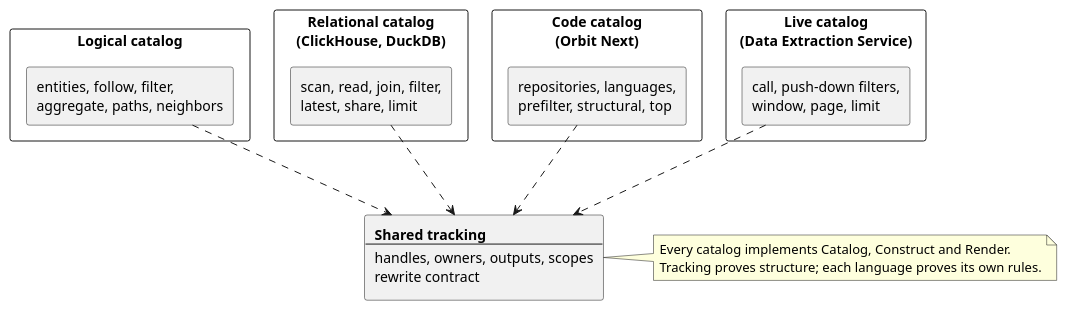
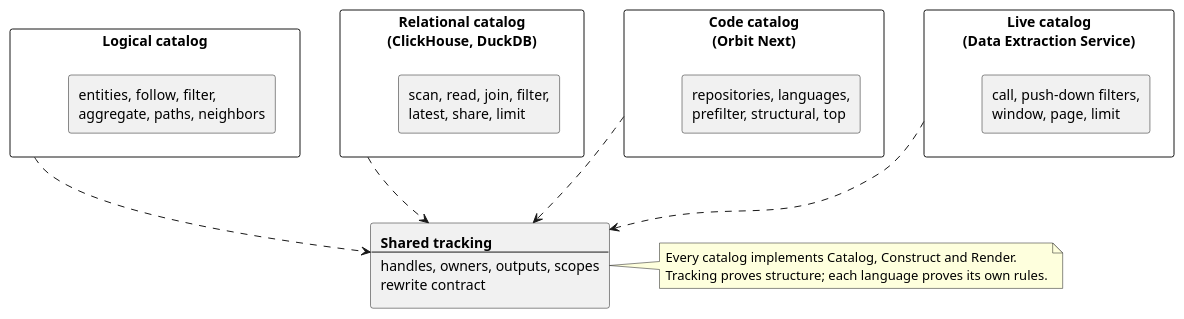
Before and after one commit to gitlabhq/orbit-knowledge-graph: the fifth of 7 diagrams in docs/pages/engineering/adr/024_pluggable_data_model.md, drawn with PlantUML. The commit also changed other lines of this file, not shown here.

Commit message:
docs(adr): stop ADR 024 diagram edges from crossing package borders

````diff
--- a/docs/pages/engineering/adr/024_pluggable_data_model.md
+++ b/docs/pages/engineering/adr/024_pluggable_data_model.md
@@ -251,37 +253,37 @@
 ```plantuml
 @startuml
 set separator none
 skinparam shadowing false
 skinparam componentStyle rectangle
 skinparam nodesep 50
 skinparam ranksep 90
 
-component "Logical catalog" {
+component "Logical catalog" as LCAT {
   [entities, follow, filter,\naggregate, paths, neighbors] as LO
 }
-component "Relational catalog\n(ClickHouse, DuckDB)" {
+component "Relational catalog\n(ClickHouse, DuckDB)" as RCAT {
   [scan, read, join, filter,\nlatest, share, limit] as RO
 }
-component "Code catalog\n(Orbit Next)" {
+component "Code catalog\n(Orbit Next)" as CCAT {
   [repositories, languages,\nprefilter, structural, top] as CO
 }
-component "Live catalog\n(Data Extraction Service)" {
+component "Live catalog\n(Data Extraction Service)" as VCAT {
   [call, push-down filters,\nwindow, page, limit] as VO
 }
 rectangle TH [
 <b>Shared tracking</b>
 ----
 handles, owners, outputs, scopes
 rewrite contract
 ]
 
-LO .down.> TH
-RO .down.> TH
-CO .down.> TH
-VO .down.> TH
+LCAT .down.> TH
+RCAT .down.> TH
+CCAT .down.> TH
+VCAT .down.> TH
 note right of TH
   Every catalog implements Catalog, Construct and Render.
   Tracking proves structure; each language proves its own rules.
 end note
 @enduml
 ```
````
